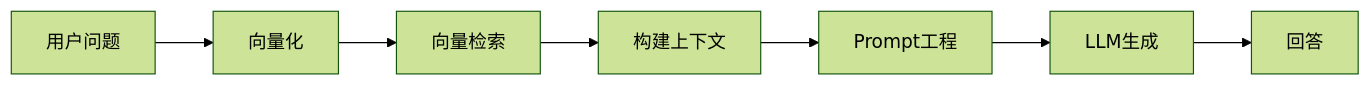
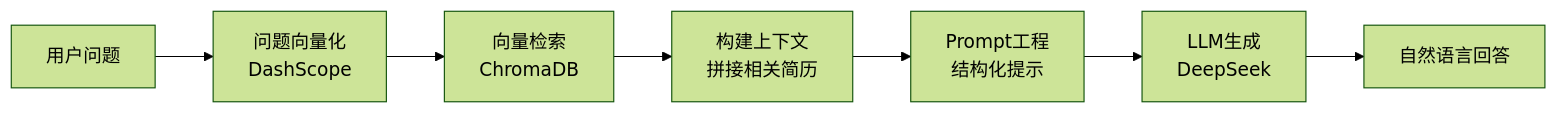
Diagram 13 of 14 in README.md (xt765/ResumeScreening), drawn with Mermaid (forest theme) before and after one commit. The commit also changed other lines of this file and 2 other files, not shown here.

First line of the commit message:
docs: README添加详细文字讲解，实现图文并茂

````diff
--- a/README.md
+++ b/README.md
@@ -496,9 +799,9 @@
 ```mermaid
 graph LR
-    Q[用户问题] --> E[向量化]
-    E --> R[向量检索]
-    R --> C[构建上下文]
-    C --> P[Prompt工程]
-    P --> L[LLM生成]
-    L --> A[回答]
+    Q[用户问题] --> E[问题向量化<br/>DashScope]
+    E --> R[向量检索<br/>ChromaDB]
+    R --> C[构建上下文<br/>拼接相关简历]
+    C --> P[Prompt工程<br/>结构化提示]
+    P --> L[LLM生成<br/>DeepSeek]
+    L --> A[自然语言回答]
 ```
````
